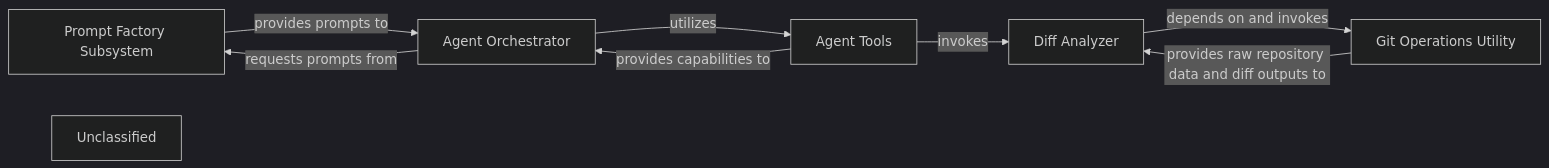
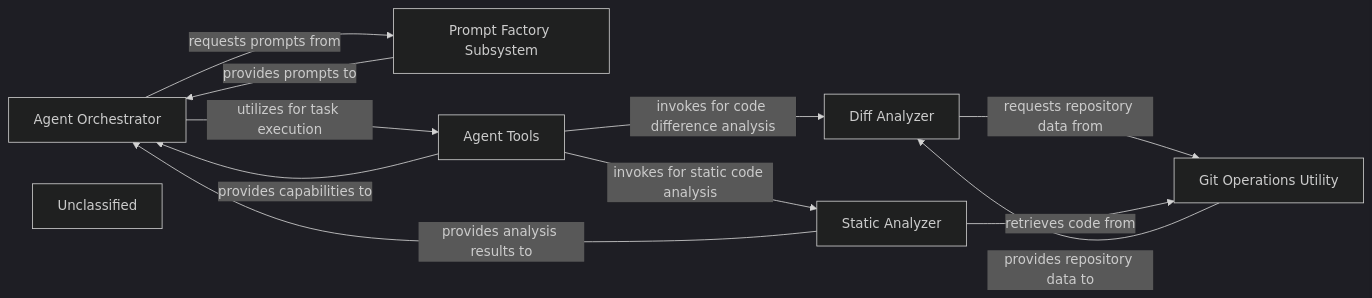
The diagram in .codeboarding/Repository_Manager.md (mariyam866/CodeBoarding), drawn with Mermaid (dark theme) before and after one commit. The commit also changed other lines of this file and 11 other files, not shown here.

First line of the commit message:
docs: update codeboarding documentation and generate architecture

````diff
--- a/.codeboarding/Repository_Manager.md
+++ b/.codeboarding/Repository_Manager.md
@@ -1,16 +1,20 @@
 ```mermaid
 graph LR
+    Agent_Orchestrator["Agent Orchestrator"]
+    Prompt_Factory_Subsystem["Prompt Factory Subsystem"]
+    Agent_Tools["Agent Tools"]
     Diff_Analyzer["Diff Analyzer"]
     Git_Operations_Utility["Git Operations Utility"]
-    Prompt_Factory_Subsystem["Prompt Factory Subsystem"]
-    Agent_Orchestrator["Agent Orchestrator"]
-    Agent_Tools["Agent Tools"]
+    Static_Analyzer["Static Analyzer"]
     Unclassified["Unclassified"]
     Agent_Orchestrator -- "requests prompts from" --> Prompt_Factory_Subsystem
     Prompt_Factory_Subsystem -- "provides prompts to" --> Agent_Orchestrator
-    Agent_Orchestrator -- "utilizes" --> Agent_Tools
+    Agent_Orchestrator -- "utilizes for task execution" --> Agent_Tools
     Agent_Tools -- "provides capabilities to" --> Agent_Orchestrator
-    Agent_Tools -- "invokes" --> Diff_Analyzer
-    Diff_Analyzer -- "depends on and invokes" --> Git_Operations_Utility
-    Git_Operations_Utility -- "provides raw repository data and diff outputs to" --> Diff_Analyzer
+    Agent_Tools -- "invokes for code difference analysis" --> Diff_Analyzer
+    Diff_Analyzer -- "requests repository data from" --> Git_Operations_Utility
+    Git_Operations_Utility -- "provides repository data to" --> Diff_Analyzer
+    Agent_Tools -- "invokes for static code analysis" --> Static_Analyzer
+    Static_Analyzer -- "retrieves code from" --> Git_Operations_Utility
+    Static_Analyzer -- "provides analysis results to" --> Agent_Orchestrator
 ```
````
